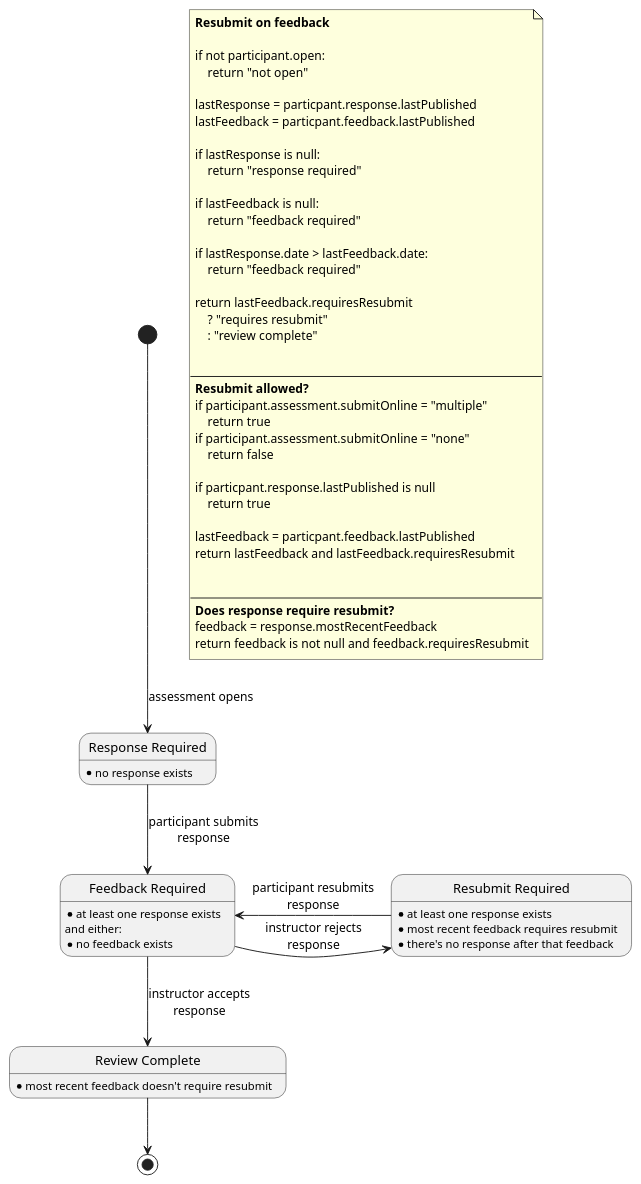
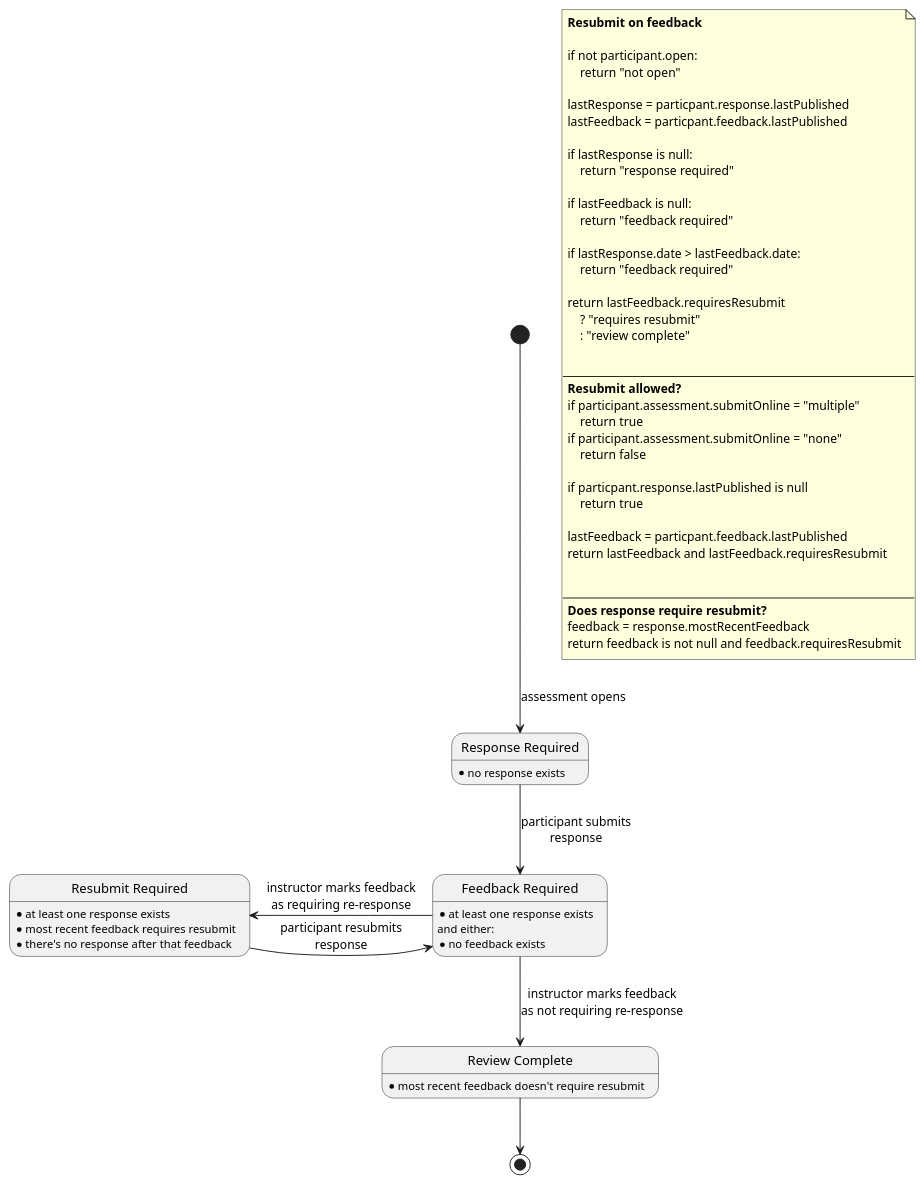
One commit to juliaattrevisan/schoolbox-api-docs changed the second of 2 diagrams in library/Schoolbox/Learning/Assessment/DueWork/state-diagram.plantuml. Above: the diagram before and after it, drawn with PlantUML. The commit also changed other lines of this file, not shown here.

Commit message:
Add extra transitions for instructor marking as submitted [SA-9500]

```diff
--- a/library/Schoolbox/Learning/Assessment/DueWork/state-diagram.plantuml
+++ b/library/Schoolbox/Learning/Assessment/DueWork/state-diagram.plantuml
@@ -73,73 +76,73 @@
 @startuml
 
 note as n1
     <b>Resubmit on feedback</b>
 
     if not participant.open:
         return "not open"
 
     lastResponse = particpant.response.lastPublished
     lastFeedback = particpant.feedback.lastPublished
 
     if lastResponse is null:
         return "response required"
 
     if lastFeedback is null:
         return "feedback required"
 
     if lastResponse.date > lastFeedback.date:
         return "feedback required"
 
     return lastFeedback.requiresResubmit
         ? "requires resubmit"
         : "review complete"
 
 
     ----
     <b>Resubmit allowed?</b>
     if participant.assessment.submitOnline = "multiple"
         return true
     if participant.assessment.submitOnline = "none"
         return false
 
     if particpant.response.lastPublished is null
         return true
 
     lastFeedback = particpant.feedback.lastPublished
     return lastFeedback and lastFeedback.requiresResubmit
 
 
     ----
     <b>Does response require resubmit?</b>
     feedback = response.mostRecentFeedback
     return feedback is not null and feedback.requiresResubmit
 end note
 
 state "Response Required" as RR
 RR : \
 * no response exists
 
 state "Feedback Required" as FR
 FR : \
 * at least one response exists\n\
 and either:\n\
 * no feedback exists
 
 state "Review Complete" as RC
 RC : \
 * most recent feedback doesn't require resubmit
 
 state "Resubmit Required" as RS
 RS : \
 * at least one response exists\n\
 * most recent feedback requires resubmit\n\
 * there's no response after that feedback
 
 [*] --> RR : assessment opens
 RR --> FR  : participant submits\nresponse
-FR --> RC  : instructor accepts\nresponse
-FR -right-> RS : instructor rejects\nresponse
-RS -left-> FR  : participant resubmits\nresponse
+FR --> RC  : instructor marks feedback\nas not requiring re-response
+FR -left-> RS : instructor marks feedback\nas requiring re-response
+RS -right-> FR  : participant resubmits\nresponse
 RC --> [*]
 
 @enduml
```
